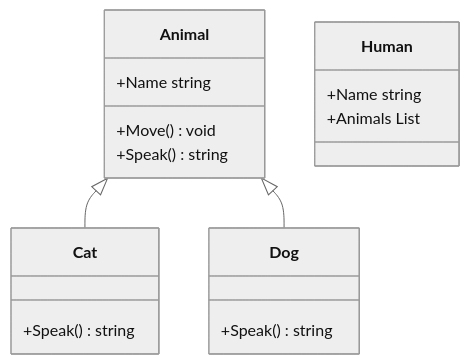
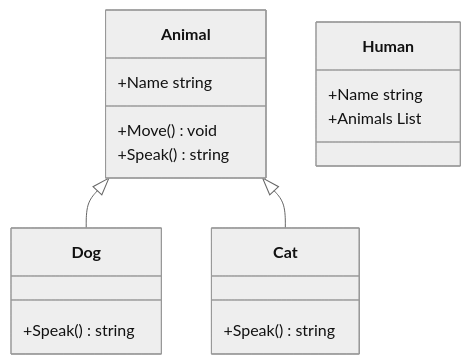
The diagram in UML.md (nurzhanme/SharpmaidGithubActionSample), drawn with Mermaid (neutral theme) before and after one commit. The commit also changed other lines of this file, not shown here.

Commit message:
UML generated

````diff
--- a/UML.md
+++ b/UML.md
@@ -1,20 +1,20 @@
 ```mermaid
 classDiagram
-Animal  <|-- Cat
-class Cat{
+class Animal{
++Name string
++Move() void
 +Speak() string
 }
 Animal  <|-- Dog
 class Dog{
 +Speak() string
 }
+Animal  <|-- Cat
+class Cat{
++Speak() string
+}
 class Human{
 +Name string
 +Animals List<Animal>
 }
-class Animal{
-+Name string
-+Move() void
-+Speak() string
-}
 ```
````
